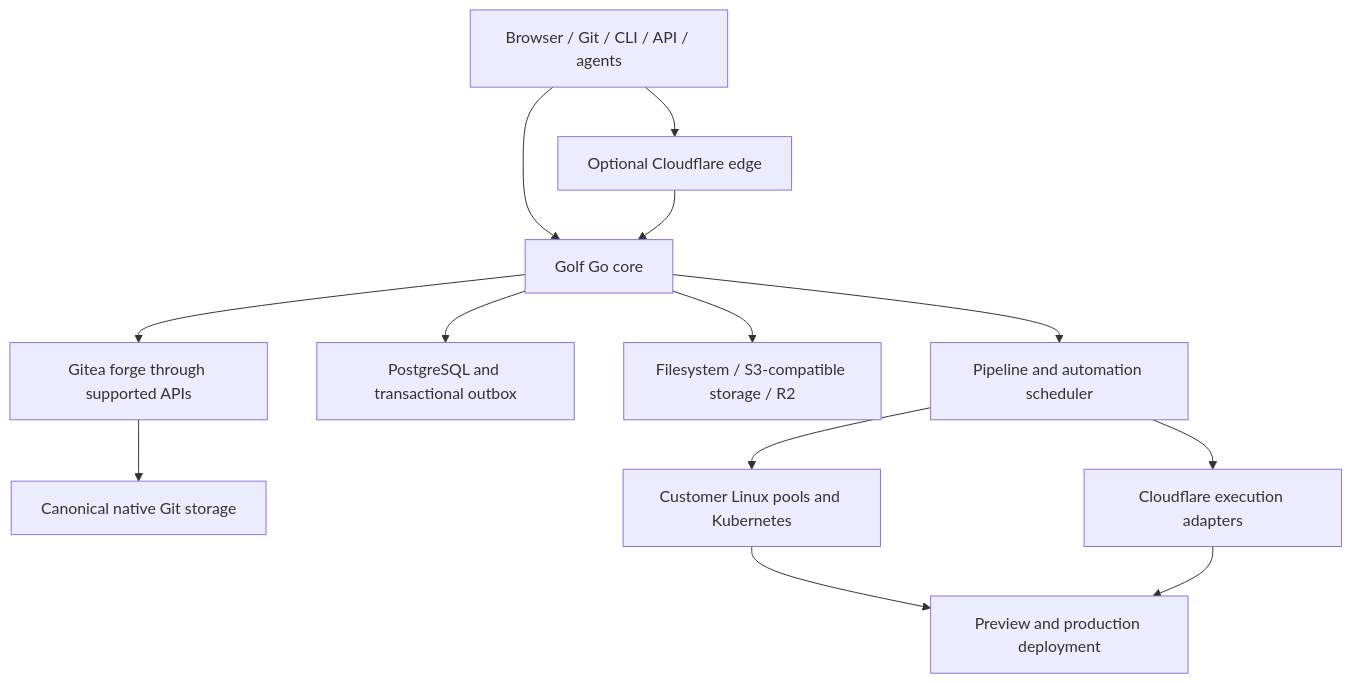
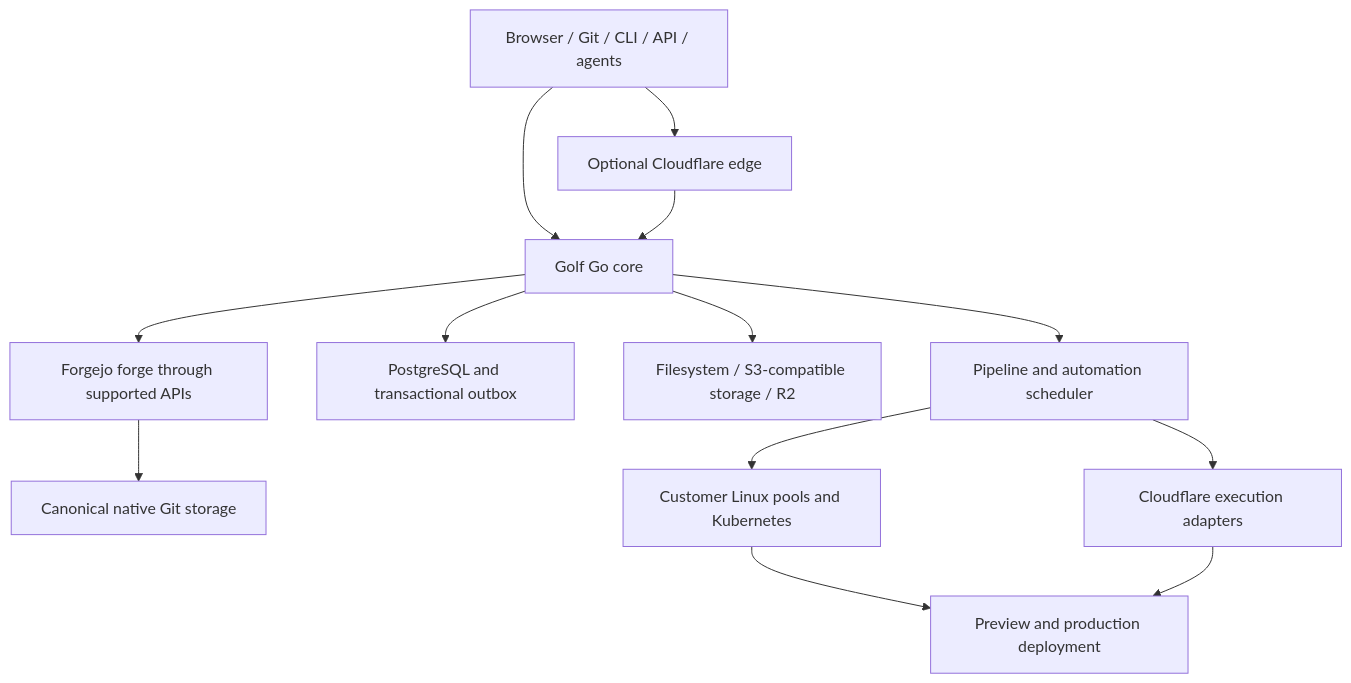
One commit to mjtechguy/gitgolf changed the diagram in GOLF_IMPLEMENTATION_PLAN.md. Above: the diagram before and after it, drawn with Mermaid. The commit also changed other lines of this file and 141 other files, not shown here.

First line of the commit message:
Retire Gitea from docs and rebase the compatibility register on Forgejo

````diff
--- a/GOLF_IMPLEMENTATION_PLAN.md
+++ b/GOLF_IMPLEMENTATION_PLAN.md
@@ -259,15 +257,15 @@
 ```mermaid
 flowchart TD
   Client[Browser / Git / CLI / API / agents] --> Edge[Optional Cloudflare edge]
   Client --> Core[Golf Go core]
   Edge --> Core
-  Core --> Forge[Gitea forge through supported APIs]
+  Core --> Forge[Forgejo forge through supported APIs]
   Core --> DB[PostgreSQL and transactional outbox]
   Forge --> Git[Canonical native Git storage]
   Core --> Objects[Filesystem / S3-compatible storage / R2]
   Core --> Scheduler[Pipeline and automation scheduler]
   Scheduler --> Own[Customer Linux pools and Kubernetes]
   Scheduler --> CF[Cloudflare execution adapters]
   Own --> Delivery[Preview and production deployment]
   CF --> Delivery
 ```
````
